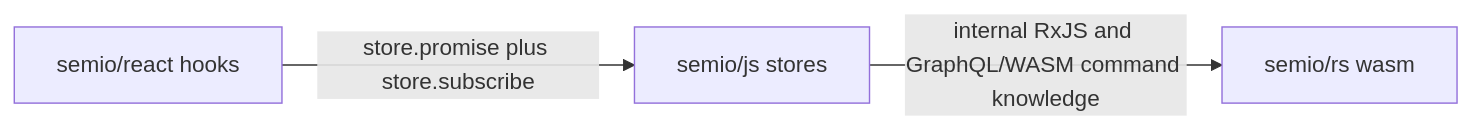
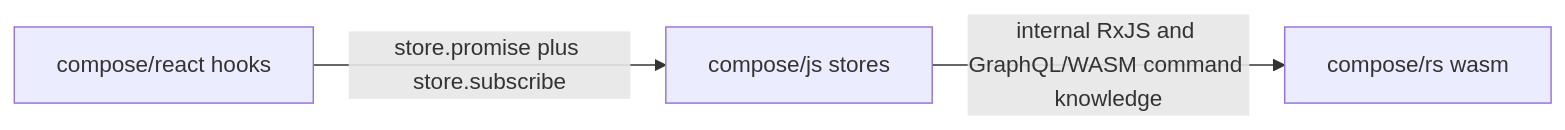
One commit to usalu/semio changed the diagram in .repo/🎫/26/04/26/REACT-JS-STORE-BOUNDARY-REFACTOR/react_js_store_boundary_f503c535.plan.md. Above: the diagram before and after it, drawn with Mermaid. The commit also changed other lines of this file and 7735 other files, not shown here.

````diff
--- a/.repo/🎫/26/04/26/REACT-JS-STORE-BOUNDARY-REFACTOR/react_js_store_boundary_f503c535.plan.md
+++ b/.repo/🎫/26/04/26/REACT-JS-STORE-BOUNDARY-REFACTOR/react_js_store_boundary_f503c535.plan.md
@@ -41,5 +41,5 @@
 ```mermaid
 flowchart LR
-  React["semio/react hooks"] -->|"store.promise plus store.subscribe"| Js["semio/js stores"]
-  Js -->|"internal RxJS and GraphQL/WASM command knowledge"| Rs["semio/rs wasm"]
+  React["compose/react hooks"] -->|"store.promise plus store.subscribe"| Js["compose/js stores"]
+  Js -->|"internal RxJS and GraphQL/WASM command knowledge"| Rs["compose/rs wasm"]
 ```
````
